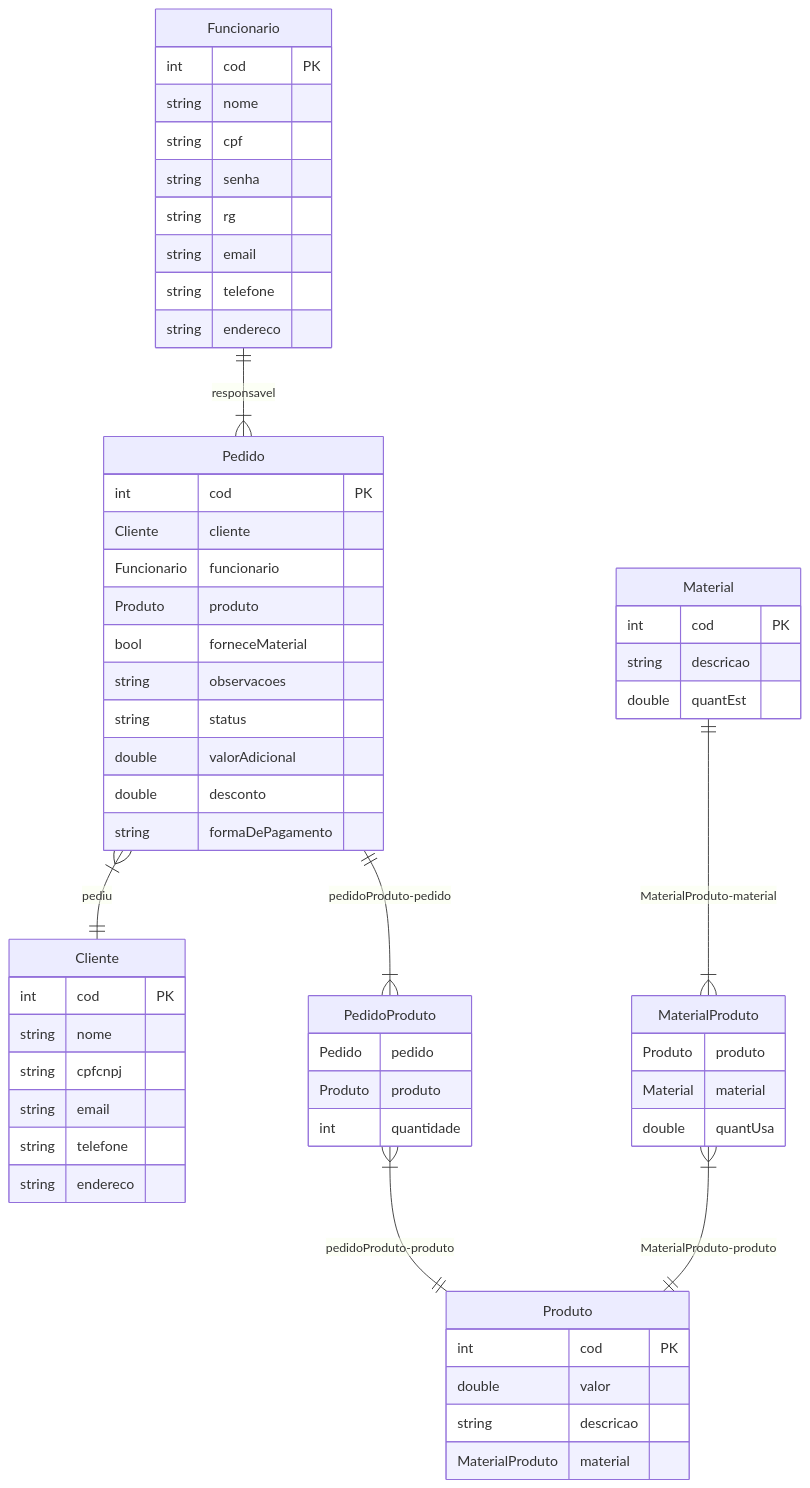
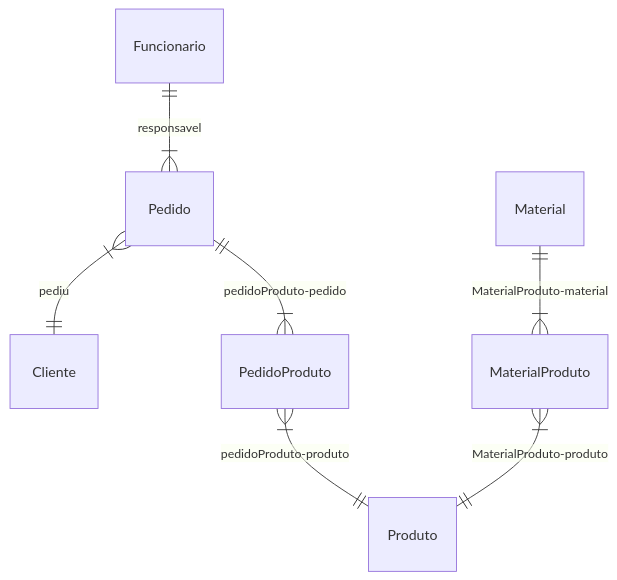
The diagram in doc-modelo.md (GomesLuan/SigBordado), drawn with Mermaid before and after one commit.

Commit message:
docs: correção no modelo de dados #17

````diff
--- a/doc-modelo.md
+++ b/doc-modelo.md
@@ -3,70 +3,10 @@
 ```mermaid
-    erDiagram
-
-    Cliente {
-        int cod PK
-        string nome
-        string cpfcnpj
-        string email
-        string telefone
-        string endereco
-    }
-
-   Funcionario {
-      int cod PK
-      string nome
-      string cpf
-      string senha
-      string rg
-      string email
-      string telefone
-      string endereco
-   }
-
-   Pedido {
-      int cod PK
-      Cliente cliente
-      Funcionario funcionario
-      Produto produto
-      bool forneceMaterial
-      string observacoes
-      string status
-      double valorAdicional
-      double desconto
-      string formaDePagamento
-   }
-
-   PedidoProduto {
-      Pedido pedido
-      Produto produto
-      int quantidade
-   }
-
-   Produto {
-      int cod PK
-      double valor
-      string descricao
-      MaterialProduto material
-   }
-
-   MaterialProduto {
-      Produto produto
-      Material material
-      double quantUsa
-   }
-
-   Material{
-      int cod PK
-      string descricao
-      double quantEst
-   }
-
-
+erDiagram
    Funcionario || --|{ Pedido: responsavel
    Pedido }| -- || Cliente: pediu
    Pedido || -- |{ PedidoProduto: pedidoProduto-pedido
    PedidoProduto }| -- || Produto: pedidoProduto-produto
    MaterialProduto }| -- ||Produto: MaterialProduto-produto
    Material || -- |{ MaterialProduto: MaterialProduto-material
 
 ```
````
